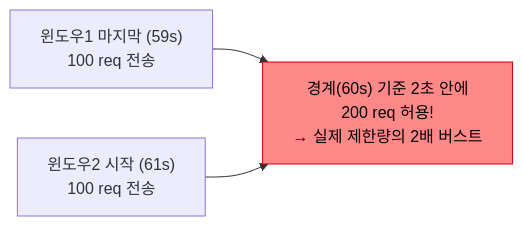
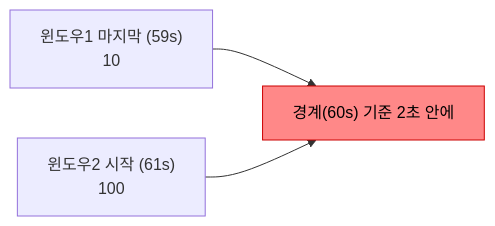
One commit to yjkim2015/yjkim2015.github.io changed the fourth of 13 diagrams in _posts/spring/2026-05-01-rate-limiting.md. Above: the diagram before and after it, drawn with Mermaid. The commit also changed other lines of this file and 271 other files, not shown here.

First line of the commit message:
Mermaid 라벨 축소: 긴 노드 텍스트 18자 이하로 트림 + \n 제거

````diff
--- a/_posts/spring/2026-05-01-rate-limiting.md
+++ b/_posts/spring/2026-05-01-rate-limiting.md
@@ -84,7 +84,7 @@
 ```mermaid
 graph LR
-    W1["윈도우1 마지막 (59s)\n100 req 전송"]
-    W2["윈도우2 시작 (61s)\n100 req 전송"]
-    W1 & W2 --> BURST["경계(60s) 기준 2초 안에\n200 req 허용!\n→ 실제 제한량의 2배 버스트"]
+    W1["윈도우1 마지막 (59s)\n10"]
+    W2["윈도우2 시작 (61s)\n100"]
+    W1 & W2 --> BURST["경계(60s) 기준 2초 안에\n"]
     style BURST fill:#f88,stroke:#c00,color:#000
 ```
````
